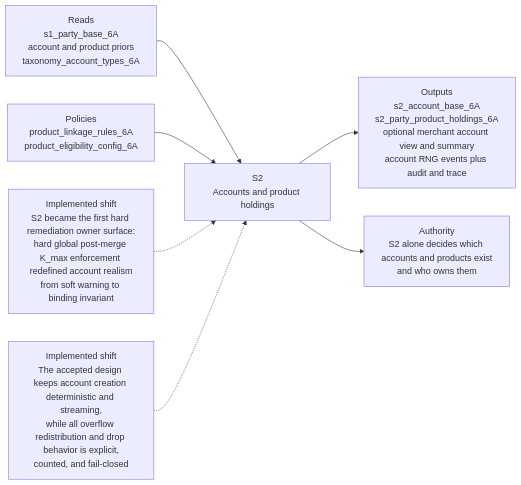
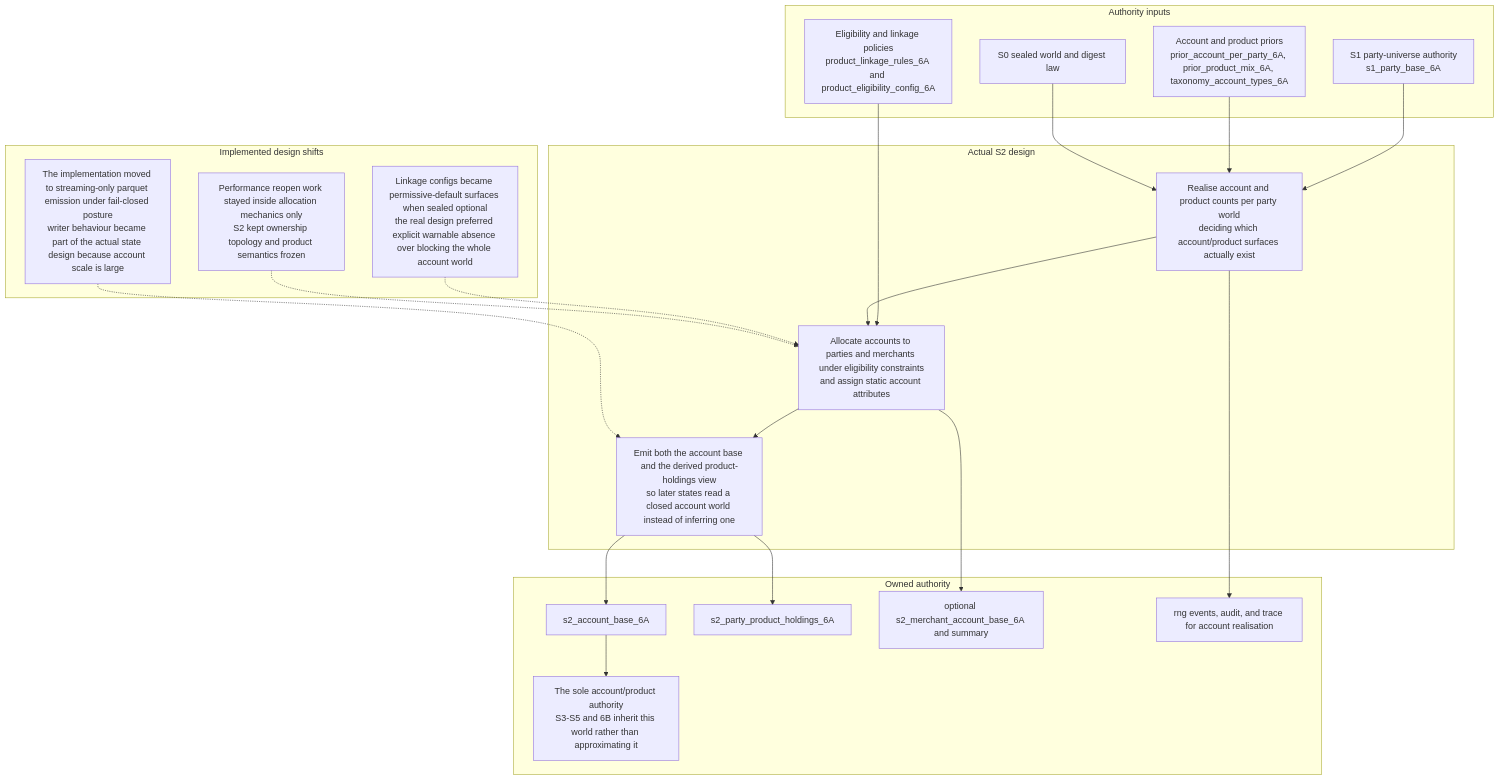
The diagram in docs/design/data-engine/layer-3/6A/6A-S2-design-flow.mmd (EsosaOrumwese/fraud-detection-system), drawn with Mermaid before and after one commit. The commit also changed 23 other files, not shown here.

First line of the commit message:
Refactor design flows for layers 6A and 6B to enhance clarity and structure

```diff
--- a/docs/design/data-engine/layer-3/6A/6A-S2-design-flow.mmd
+++ b/docs/design/data-engine/layer-3/6A/6A-S2-design-flow.mmd
@@ -1,18 +1,43 @@
-flowchart LR
-  I1["Reads<br/>s1_party_base_6A<br/>account and product priors<br/>taxonomy_account_types_6A"]
-  I2["Policies<br/>product_linkage_rules_6A<br/>product_eligibility_config_6A"]
+flowchart TD
+  subgraph inputs["Authority inputs"]
+    I1["S1 party-universe authority<br/>s1_party_base_6A"]
+    I2["Account and product priors<br/>prior_account_per_party_6A, prior_product_mix_6A, taxonomy_account_types_6A"]
+    I3["Eligibility and linkage policies<br/>product_linkage_rules_6A and product_eligibility_config_6A"]
+    I4["S0 sealed world and digest law"]
+  end
 
-  S2["S2<br/>Accounts and product holdings"]
+  subgraph core["Actual S2 design"]
+    C1["Realise account and product counts per party world<br/>deciding which account/product surfaces actually exist"]
+    C2["Allocate accounts to parties and merchants under eligibility constraints<br/>and assign static account attributes"]
+    C3["Emit both the account base and the derived product-holdings view<br/>so later states read a closed account world instead of inferring one"]
+  end
 
-  O1["Outputs<br/>s2_account_base_6A<br/>s2_party_product_holdings_6A<br/>optional merchant account view and summary<br/>account RNG events plus audit and trace"]
-  O2["Authority<br/>S2 alone decides which accounts and products exist<br/>and who owns them"]
+  subgraph shifts["Implemented design shifts"]
+    S1["Linkage configs became permissive-default surfaces when sealed optional<br/>the real design preferred explicit warnable absence over blocking the whole account world"]
+    S2["The implementation moved to streaming-only parquet emission under fail-closed posture<br/>writer behaviour became part of the actual state design because account scale is large"]
+    S3["Performance reopen work stayed inside allocation mechanics only<br/>S2 kept ownership topology and product semantics frozen"]
+  end
 
-  R1["Implemented shift<br/>S2 became the first hard remediation owner surface:<br/>hard global post-merge K_max enforcement redefined account realism<br/>from soft warning to binding invariant"]
-  R2["Implemented shift<br/>The accepted design keeps account creation deterministic and streaming,<br/>while all overflow redistribution and drop behavior is explicit,<br/>counted, and fail-closed"]
+  subgraph outputs["Owned authority"]
+    O1["s2_account_base_6A"]
+    O2["s2_party_product_holdings_6A"]
+    O3["optional s2_merchant_account_base_6A and summary"]
+    O4["rng events, audit, and trace for account realisation"]
+    O5["The sole account/product authority<br/>S3-S5 and 6B inherit this world rather than approximating it"]
+  end
 
-  I1 --> S2
-  I2 --> S2
-  S2 --> O1
-  S2 --> O2
-  R1 -.-> S2
-  R2 -.-> S2
+  I1 --> C1
+  I2 --> C1
+  I3 --> C2
+  I4 --> C1
+  C1 --> C2 --> C3
+
+  C3 --> O1
+  C3 --> O2
+  C2 --> O3
+  C1 --> O4
+  O1 --> O5
+
+  S1 -.-> C2
+  S2 -.-> C3
+  S3 -.-> C2
```
